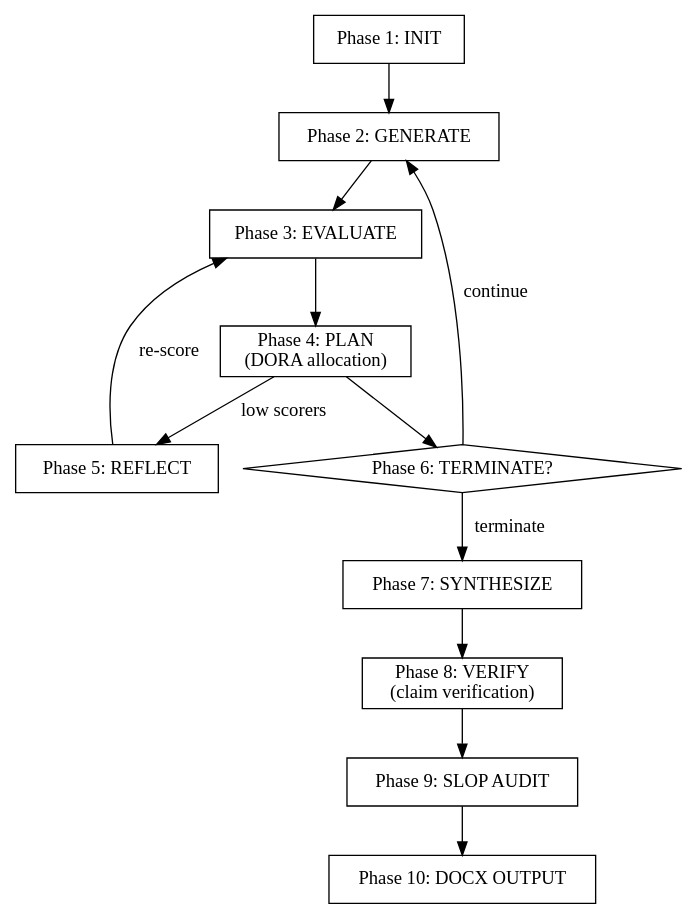
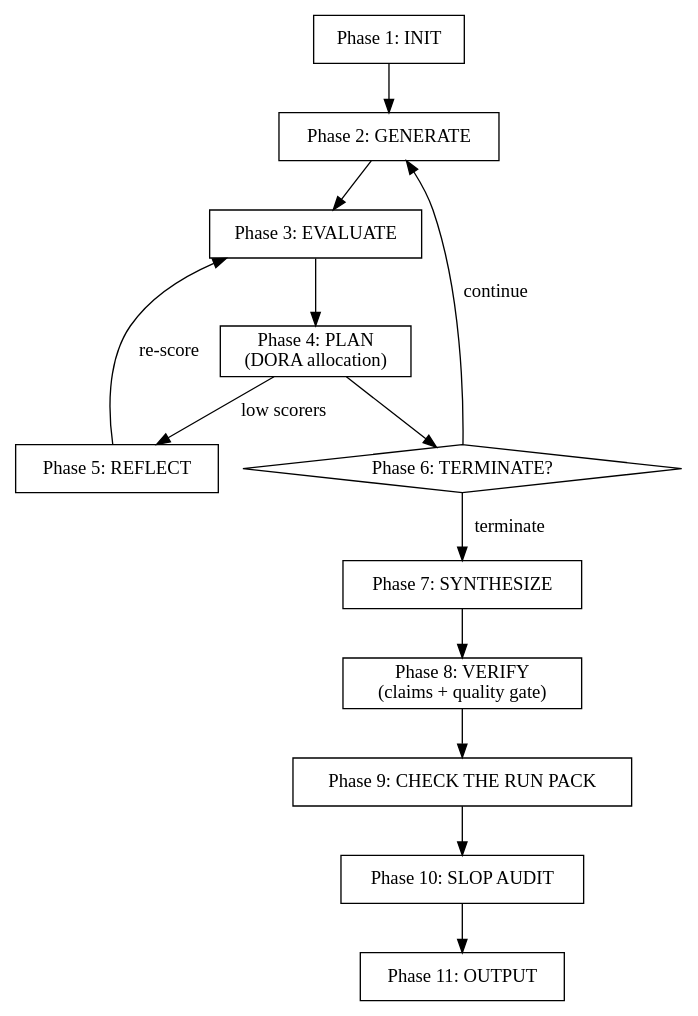
The diagram in skill/deep-research.md (Raoof128/reasoning-engine), drawn with Graphviz before and after one commit. The commit also changed other lines of this file and 3 other files, not shown here.

````diff
--- a/skill/deep-research.md
+++ b/skill/deep-research.md
@@ -11,23 +11,24 @@
 ```dot
 digraph pipeline {
     rankdir=TB;
     INIT [label="Phase 1: INIT" shape=box];
     GEN [label="Phase 2: GENERATE" shape=box];
     EVAL [label="Phase 3: EVALUATE" shape=box];
     PLAN [label="Phase 4: PLAN\n(DORA allocation)" shape=box];
     REFLECT [label="Phase 5: REFLECT" shape=box];
     LOOP [label="Phase 6: TERMINATE?" shape=diamond];
     SYNTH [label="Phase 7: SYNTHESIZE" shape=box];
-    VERIFY [label="Phase 8: VERIFY\n(claim verification)" shape=box];
-    SLOP [label="Phase 9: SLOP AUDIT" shape=box];
-    DOCX [label="Phase 10: DOCX OUTPUT" shape=box];
+    VERIFY [label="Phase 8: VERIFY\n(claims + quality gate)" shape=box];
+    TRUST [label="Phase 9: CHECK THE RUN PACK" shape=box];
+    SLOP [label="Phase 10: SLOP AUDIT" shape=box];
+    DOCX [label="Phase 11: OUTPUT" shape=box];
 
     INIT -> GEN -> EVAL -> PLAN;
     PLAN -> REFLECT [label="low scorers"];
     PLAN -> LOOP;
     REFLECT -> EVAL [label="re-score"];
     LOOP -> GEN [label="continue"];
     LOOP -> SYNTH [label="terminate"];
-    SYNTH -> VERIFY -> SLOP -> DOCX;
+    SYNTH -> VERIFY -> TRUST -> SLOP -> DOCX;
 }
 ```
````
